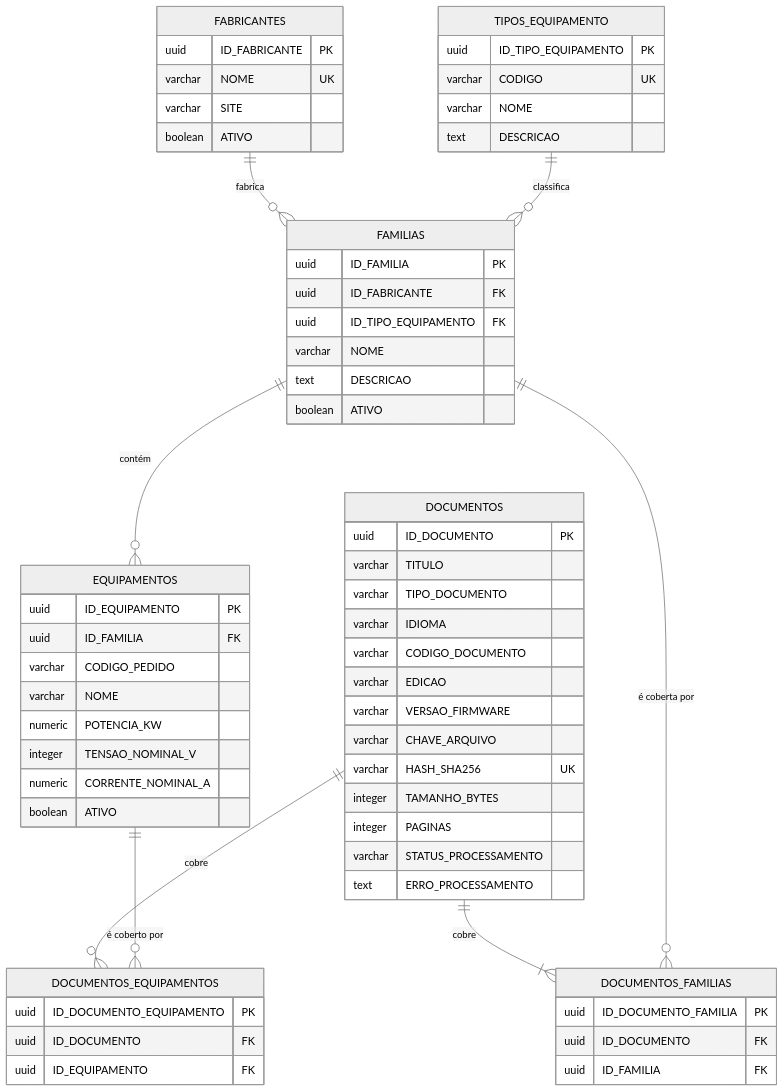
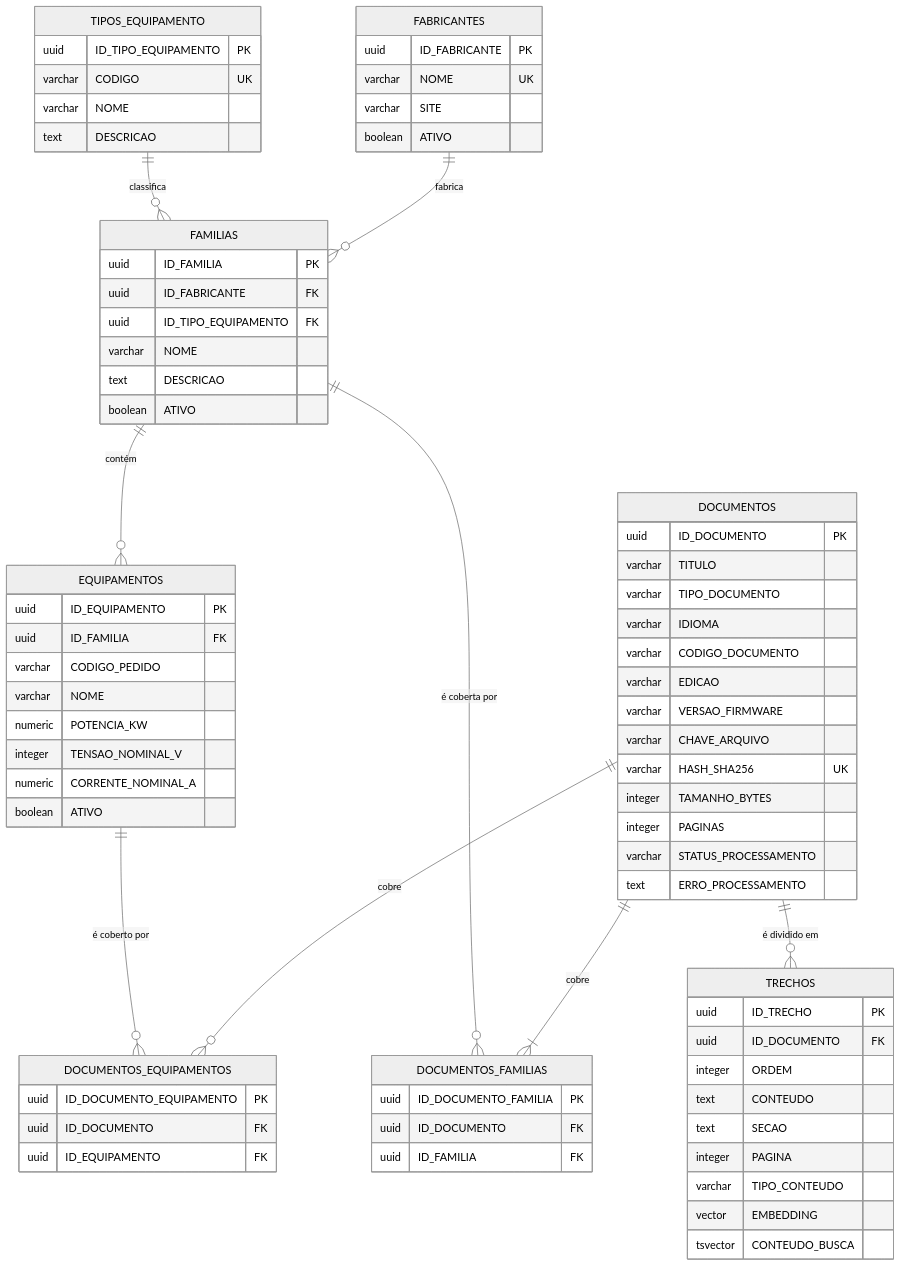
The diagram in docs/02-banco-de-dados.md (LucasDuarteAugusto/AutomacaoIndustrial), drawn with Mermaid (neutral theme) before and after one commit. The commit also changed other lines of this file and 20 other files, not shown here.

First line of the commit message:
feat: núcleo de embedding Voyage, LLM GPT-5 mini e tabela TRECHOS

````diff
--- a/docs/02-banco-de-dados.md
+++ b/docs/02-banco-de-dados.md
@@ -7,66 +7,78 @@
 ```mermaid
 erDiagram
     FABRICANTES ||--o{ FAMILIAS : "fabrica"
     TIPOS_EQUIPAMENTO ||--o{ FAMILIAS : "classifica"
     FAMILIAS ||--o{ EQUIPAMENTOS : "contém"
     DOCUMENTOS ||--|{ DOCUMENTOS_FAMILIAS : "cobre"
     FAMILIAS ||--o{ DOCUMENTOS_FAMILIAS : "é coberta por"
     DOCUMENTOS ||--o{ DOCUMENTOS_EQUIPAMENTOS : "cobre"
     EQUIPAMENTOS ||--o{ DOCUMENTOS_EQUIPAMENTOS : "é coberto por"
 
     TIPOS_EQUIPAMENTO {
         uuid ID_TIPO_EQUIPAMENTO PK
         varchar CODIGO UK
         varchar NOME
         text DESCRICAO
     }
     FABRICANTES {
         uuid ID_FABRICANTE PK
         varchar NOME UK
         varchar SITE
         boolean ATIVO
     }
     FAMILIAS {
         uuid ID_FAMILIA PK
         uuid ID_FABRICANTE FK
         uuid ID_TIPO_EQUIPAMENTO FK
         varchar NOME
         text DESCRICAO
         boolean ATIVO
     }
     EQUIPAMENTOS {
         uuid ID_EQUIPAMENTO PK
         uuid ID_FAMILIA FK
         varchar CODIGO_PEDIDO
         varchar NOME
         numeric POTENCIA_KW
         integer TENSAO_NOMINAL_V
         numeric CORRENTE_NOMINAL_A
         boolean ATIVO
     }
     DOCUMENTOS {
         uuid ID_DOCUMENTO PK
         varchar TITULO
         varchar TIPO_DOCUMENTO
         varchar IDIOMA
         varchar CODIGO_DOCUMENTO
         varchar EDICAO
         varchar VERSAO_FIRMWARE
         varchar CHAVE_ARQUIVO
         varchar HASH_SHA256 UK
         integer TAMANHO_BYTES
         integer PAGINAS
         varchar STATUS_PROCESSAMENTO
         text ERRO_PROCESSAMENTO
     }
     DOCUMENTOS_FAMILIAS {
         uuid ID_DOCUMENTO_FAMILIA PK
         uuid ID_DOCUMENTO FK
         uuid ID_FAMILIA FK
     }
     DOCUMENTOS_EQUIPAMENTOS {
         uuid ID_DOCUMENTO_EQUIPAMENTO PK
         uuid ID_DOCUMENTO FK
         uuid ID_EQUIPAMENTO FK
     }
+    DOCUMENTOS ||--o{ TRECHOS : "é dividido em"
+    TRECHOS {
+        uuid ID_TRECHO PK
+        uuid ID_DOCUMENTO FK
+        integer ORDEM
+        text CONTEUDO
+        text SECAO
+        integer PAGINA
+        varchar TIPO_CONTEUDO
+        vector EMBEDDING
+        tsvector CONTEUDO_BUSCA
+    }
 ```
````
